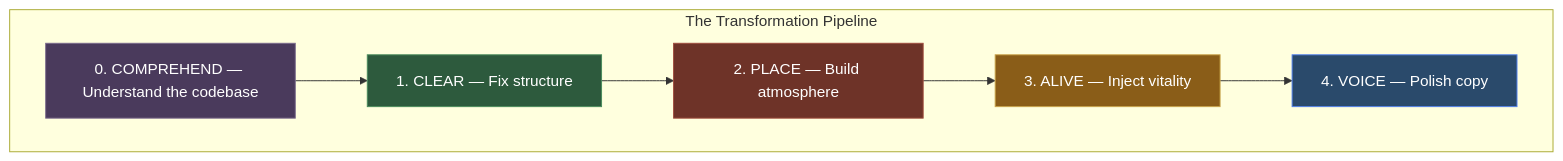
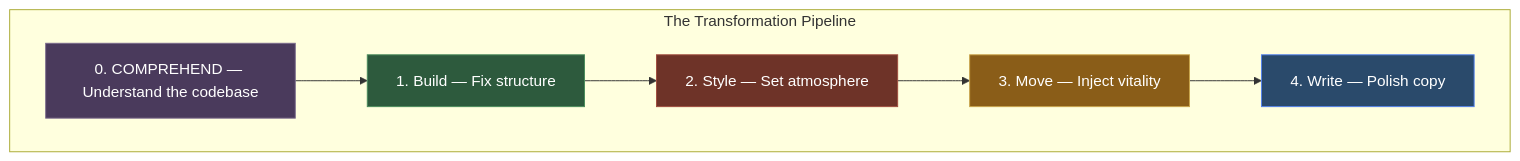
One commit to akshansh/agentic-design-engineering changed the third of 4 diagrams in README.md. Above: the diagram before and after it, drawn with Mermaid. The commit also changed other lines of this file and 78 other files, not shown here.

First line of the commit message:
Rename frameworks to build/style/move/write/audit/compound (v3.0)

````diff
--- a/README.md
+++ b/README.md
@@ -157,15 +157,15 @@
 ```mermaid
 graph TD
     subgraph "The Transformation Pipeline"
-        S0["0. COMPREHEND — Understand the codebase"] --> CL["1. CLEAR — Fix structure"]
-        CL --> PL["2. PLACE — Build atmosphere"]
-        PL --> AL["3. ALIVE — Inject vitality"]
-        AL --> VO["4. VOICE — Polish copy"]
+        S0["0. COMPREHEND — Understand the codebase"] --> CL["1. Build — Fix structure"]
+        CL --> PL["2. Style — Set atmosphere"]
+        PL --> AL["3. Move — Inject vitality"]
+        AL --> VO["4. Write — Polish copy"]
     end
 
     style S0 fill:#4a3a5c,stroke:#7a6a8c,color:#fff
     style CL fill:#2d5a3d,stroke:#4a8c5c,color:#fff
     style PL fill:#6e3328,stroke:#a04d3e,color:#fff
     style AL fill:#8a5d18,stroke:#c9a44a,color:#fff
     style VO fill:#2a4a6b,stroke:#5282ef,color:#fff
 ```
````
